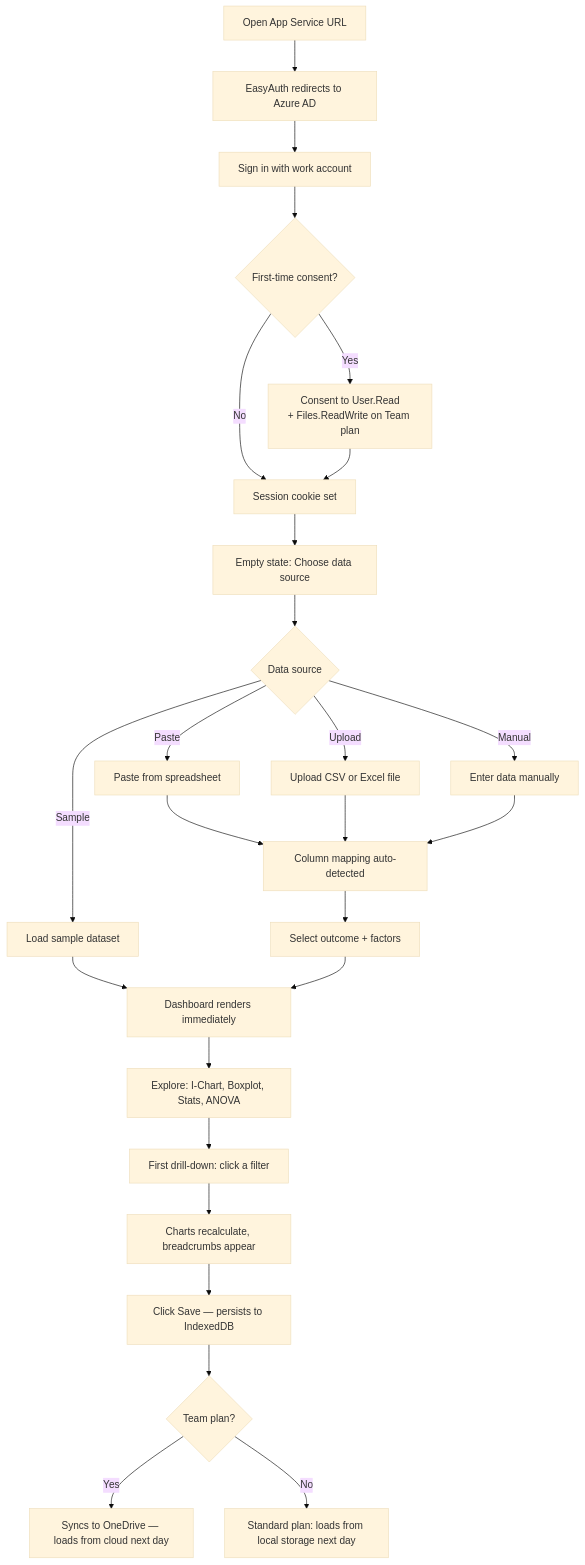
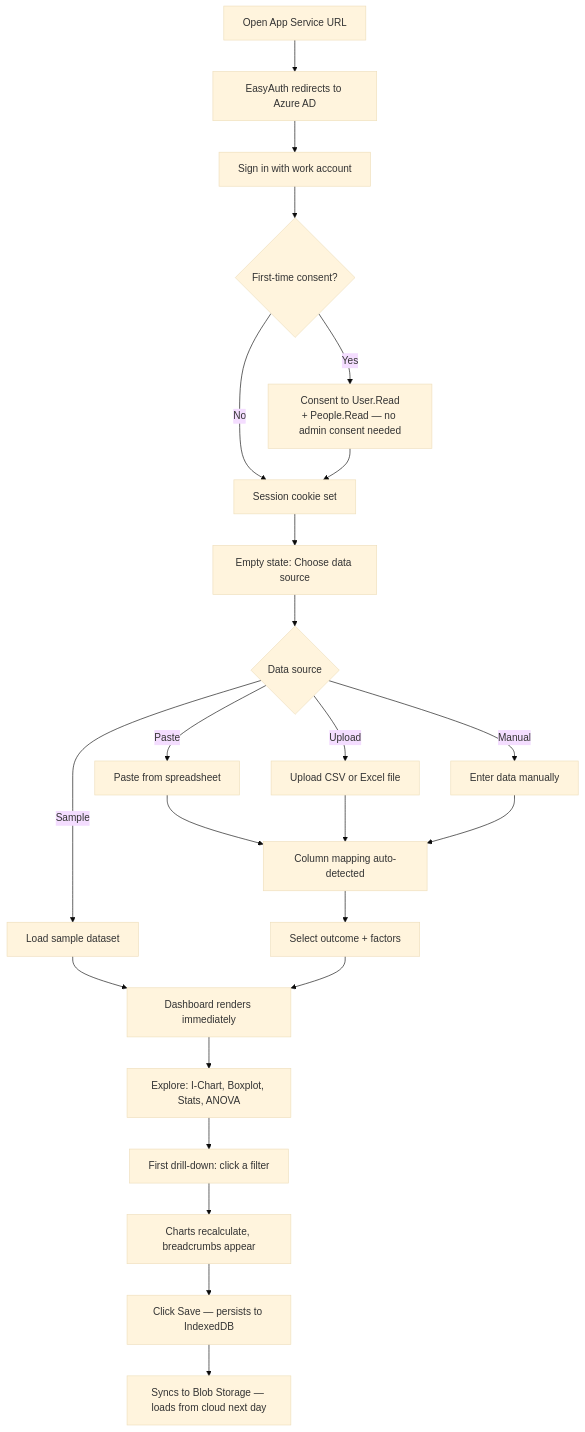
One commit to jukka-matti/variscout changed the first of 2 diagrams in docs/02-journeys/flows/azure-first-analysis.md. Above: the diagram before and after it, drawn with Mermaid (base theme). The commit also changed other lines of this file and 55 other files, not shown here.

````diff
--- a/docs/02-journeys/flows/azure-first-analysis.md
+++ b/docs/02-journeys/flows/azure-first-analysis.md
@@ -53,28 +53,26 @@
 ```mermaid
 flowchart TD
     A[Open App Service URL] --> B[EasyAuth redirects to Azure AD]
     B --> C[Sign in with work account]
     C --> D{First-time consent?}
-    D -->|Yes| E[Consent to User.Read<br/>+ Files.ReadWrite on Team plan]
+    D -->|Yes| E[Consent to User.Read<br/>+ People.Read — no admin consent needed]
     D -->|No| F[Session cookie set]
     E --> F
     F --> G[Empty state: Choose data source]
     G --> H{Data source}
     H -->|Sample| I[Load sample dataset]
     H -->|Paste| J[Paste from spreadsheet]
     H -->|Upload| K[Upload CSV or Excel file]
     H -->|Manual| K2[Enter data manually]
     I --> L[Dashboard renders immediately]
     J --> M[Column mapping auto-detected]
     K --> M
     K2 --> M
     M --> N[Select outcome + factors]
     N --> L
     L --> O[Explore: I-Chart, Boxplot, Stats, ANOVA]
     O --> P[First drill-down: click a filter]
     P --> Q[Charts recalculate, breadcrumbs appear]
     Q --> R[Click Save — persists to IndexedDB]
-    R --> R2{Team plan?}
-    R2 -->|Yes| S[Syncs to OneDrive — loads from cloud next day]
-    R2 -->|No| S2[Standard plan: loads from local storage next day]
+    R --> S[Syncs to Blob Storage — loads from cloud next day]
 ```
````
